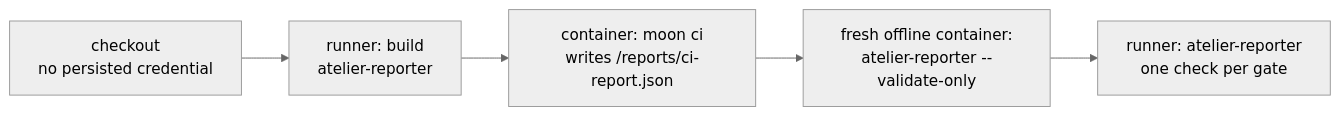
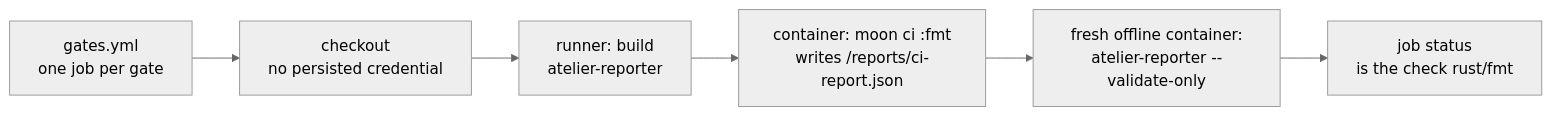
The diagram in .github/ci/README.md (wrkhse/atelier), drawn with Mermaid (neutral theme) before and after one commit. The commit also changed other lines of this file and 26 other files, not shown here.

First line of the commit message:
fix: make each gate its own read-only check

````diff
--- a/.github/ci/README.md
+++ b/.github/ci/README.md
@@ -7,7 +9,8 @@
 ```mermaid
 flowchart LR
-    Checkout["checkout<br/>no persisted credential"] --> Build["runner: build<br/>atelier-reporter"]
-    Build --> Gate["container: moon ci<br/>writes /reports/ci-report.json"]
+    Matrix["gates.yml<br/>one job per gate"] --> Checkout["checkout<br/>no persisted credential"]
+    Checkout --> Build["runner: build<br/>atelier-reporter"]
+    Build --> Gate["container: moon ci :fmt<br/>writes /reports/ci-report.json"]
     Gate --> Validate["fresh offline container:<br/>atelier-reporter --validate-only"]
-    Validate --> Publish["runner: atelier-reporter<br/>one check per gate"]
+    Validate --> Check["job status<br/>is the check rust/fmt"]
 ```
````
